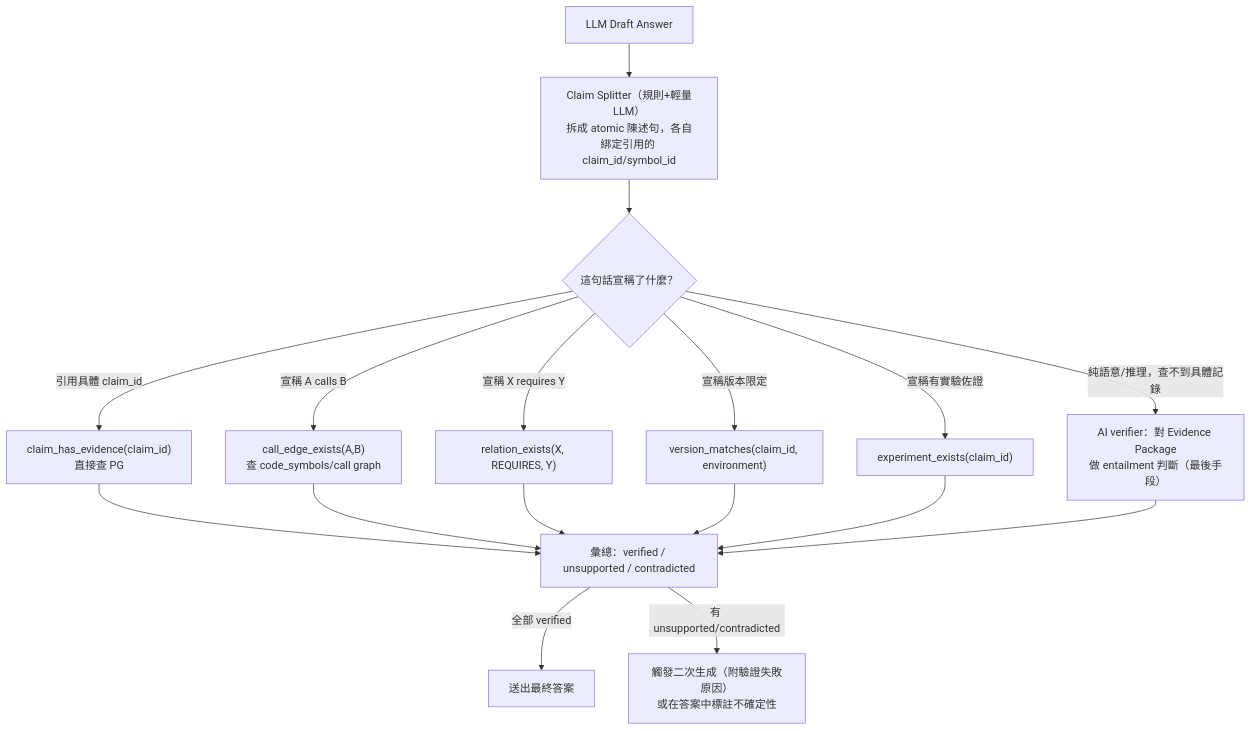
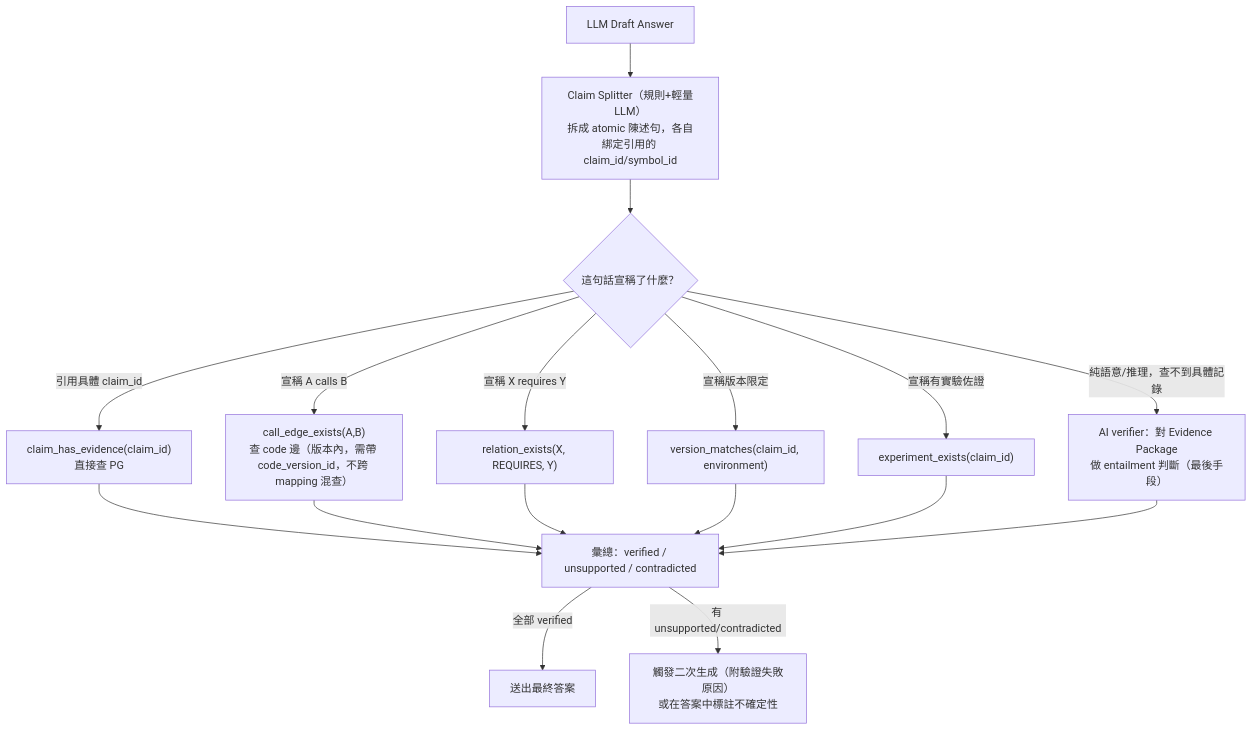
Before and after one commit to woodengrass/corrobora: the diagram in docs/plan/07-evidence-and-verification.md, drawn with Mermaid. The commit also changed other lines of this file, not shown here.

Commit message:
docs(plan-07): preserve code identity in workspace and verification

````diff
--- a/docs/plan/07-evidence-and-verification.md
+++ b/docs/plan/07-evidence-and-verification.md
@@ -88,14 +90,14 @@
 ```mermaid
 flowchart TD
     Draft["LLM Draft Answer"] --> Split["Claim Splitter（規則+輕量LLM）<br/>拆成 atomic 陳述句，各自綁定引用的 claim_id/symbol_id"]
     Split --> Route{"這句話宣稱了什麼？"}
     Route -->|"引用具體 claim_id"| C1["claim_has_evidence(claim_id)<br/>直接查 PG"]
-    Route -->|"宣稱 A calls B"| C2["call_edge_exists(A,B)<br/>查 code_symbols/call graph"]
+    Route -->|"宣稱 A calls B"| C2["call_edge_exists(A,B)<br/>查 code 邊（版本內，需帶 code_version_id，不跨 mapping 混查）"]
     Route -->|"宣稱 X requires Y"| C3["relation_exists(X, REQUIRES, Y)"]
     Route -->|"宣稱版本限定"| C4["version_matches(claim_id, environment)"]
     Route -->|"宣稱有實驗佐證"| C5["experiment_exists(claim_id)"]
     Route -->|"純語意/推理，查不到具體記錄"| C6["AI verifier：對 Evidence Package<br/>做 entailment 判斷（最後手段）"]
     C1 & C2 & C3 & C4 & C5 & C6 --> Agg["彙總：verified / unsupported / contradicted"]
     Agg -->|"全部 verified"| Final["送出最終答案"]
     Agg -->|"有 unsupported/contradicted"| Retry["觸發二次生成（附驗證失敗原因）<br/>或在答案中標註不確定性"]
 ```
````
